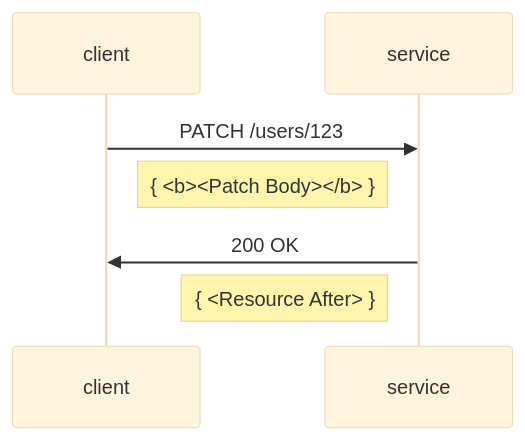
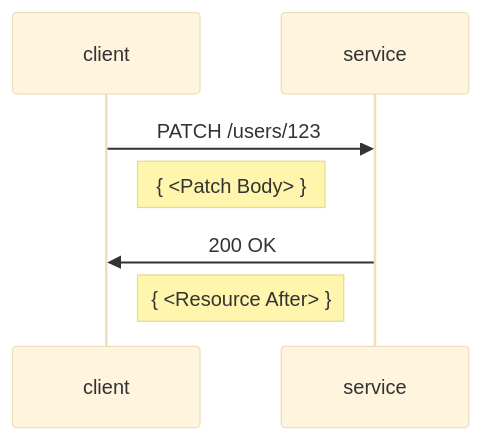
Before and after one commit to annelo-msft/gists: the diagram in patch-models/samples.md, drawn with Mermaid (base theme).

````diff
--- a/patch-models/samples.md
+++ b/patch-models/samples.md
@@ -73,7 +73,7 @@
 ```mermaid
 sequenceDiagram
     client->>service: PATCH /users/123
-    Note right of client: { <b><Patch Body></b> }
+    Note right of client: { <Patch Body> }
     service->>client: 200 OK
     Note left of service: { <Resource After> }
 ```
````
